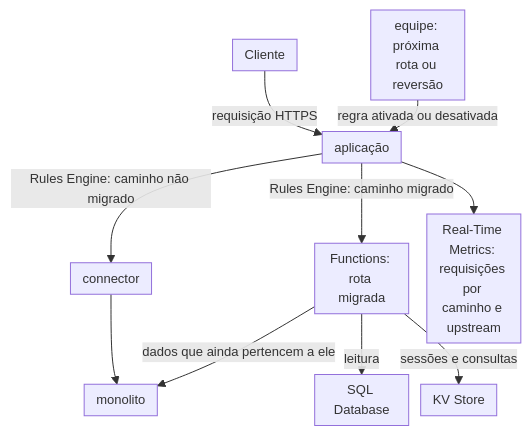
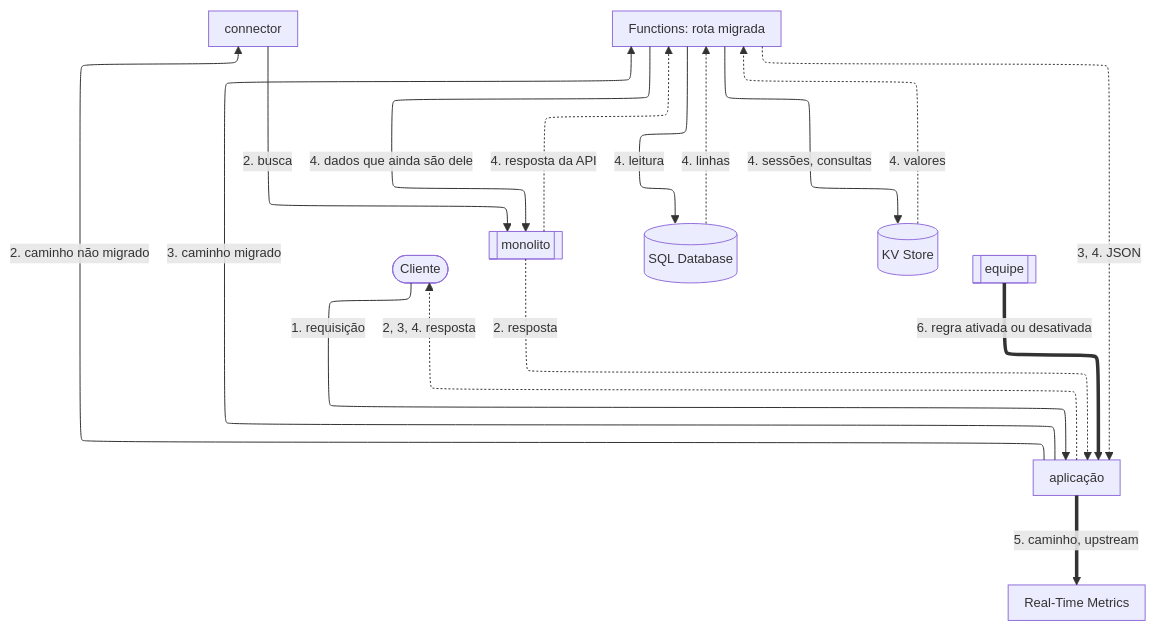
The diagram in apps/docs/src/content/docs/pt-br/pages/casos-de-uso/construir-e-executar-aplicacoes/modernizar-uma-aplicacao-monolitica-sem-reescreve-la.mdx (aziontech/docs), drawn with Mermaid before and after one commit. The commit also changed other lines of this file and 55 other files, not shown here.

Commit message:
docs(use-cases): redraw the use-case diagrams with the way back and check their claims (#2509)

````diff
--- a/apps/docs/src/content/docs/pt-br/pages/casos-de-uso/construir-e-executar-aplicacoes/modernizar-uma-aplicacao-monolitica-sem-reescreve-la.mdx
+++ b/apps/docs/src/content/docs/pt-br/pages/casos-de-uso/construir-e-executar-aplicacoes/modernizar-uma-aplicacao-monolitica-sem-reescreve-la.mdx
@@ -40,13 +42,28 @@
 ```mermaid
-%%{init: {"layout": "dagre", "themeVariables": {"fontSize": "13px"}, "flowchart": {"nodeSpacing": 12, "rankSpacing": 12, "padding": 6, "wrappingWidth": 70, "minNodeWidth": 40, "useMaxWidth": true}}}%%
+%%{init: {"layout": "elk", "elk": {"preset": "modelOrder", "keepEntryNodeOnTop": true}, "themeVariables": {"fontSize": "13px"}, "flowchart": {"nodeSpacing": 24, "rankSpacing": 36, "padding": 8, "wrappingWidth": 150, "useMaxWidth": true}, "sequence": {"width": 120, "actorMargin": 30, "useMaxWidth": true}}}%%
 flowchart TD
-  Client["Cliente"] -->|"requisição HTTPS"| App["aplicação"]
-  App -->|"Rules Engine: caminho não migrado"| Conn["connector"]
-  Conn --> Monolith["monolito"]
-  App -->|"Rules Engine: caminho migrado"| Fn["Functions: rota migrada"]
-  Fn -->|"leitura"| SQL["SQL Database"]
-  Fn -->|"sessões e consultas"| KV["KV Store"]
-  Fn -->|"dados que ainda pertencem a ele"| Monolith
-  App --> Metrics["Real-Time Metrics: requisições por caminho e upstream"]
-  Team["equipe: próxima rota ou reversão"] -->|"regra ativada ou desativada"| App
+  Client(["Cliente"])
+  App["aplicação"]
+  Conn["connector"]
+  Monolith[["monolito"]]
+  Fn["Functions: rota migrada"]
+  SQL[("SQL Database")]
+  KV[("KV Store")]
+  Metrics["Real-Time Metrics"]
+  Team[["equipe"]]
+  Client -->|"1. requisição"| App
+  App -->|"2. caminho não migrado"| Conn
+  Conn -->|"2. busca"| Monolith
+  App -->|"3. caminho migrado"| Fn
+  Fn -->|"4. leitura"| SQL
+  Fn -->|"4. sessões, consultas"| KV
+  Fn -->|"4. dados que ainda são dele"| Monolith
+  Monolith -.->|"2. resposta"| App
+  Monolith -.->|"4. resposta da API"| Fn
+  SQL -.->|"4. linhas"| Fn
+  KV -.->|"4. valores"| Fn
+  Fn -.->|"3, 4. JSON"| App
+  App -.->|"2, 3, 4. resposta"| Client
+  App ==>|"5. caminho, upstream"| Metrics
+  Team ==>|"6. regra ativada ou desativada"| App
 ```
````
